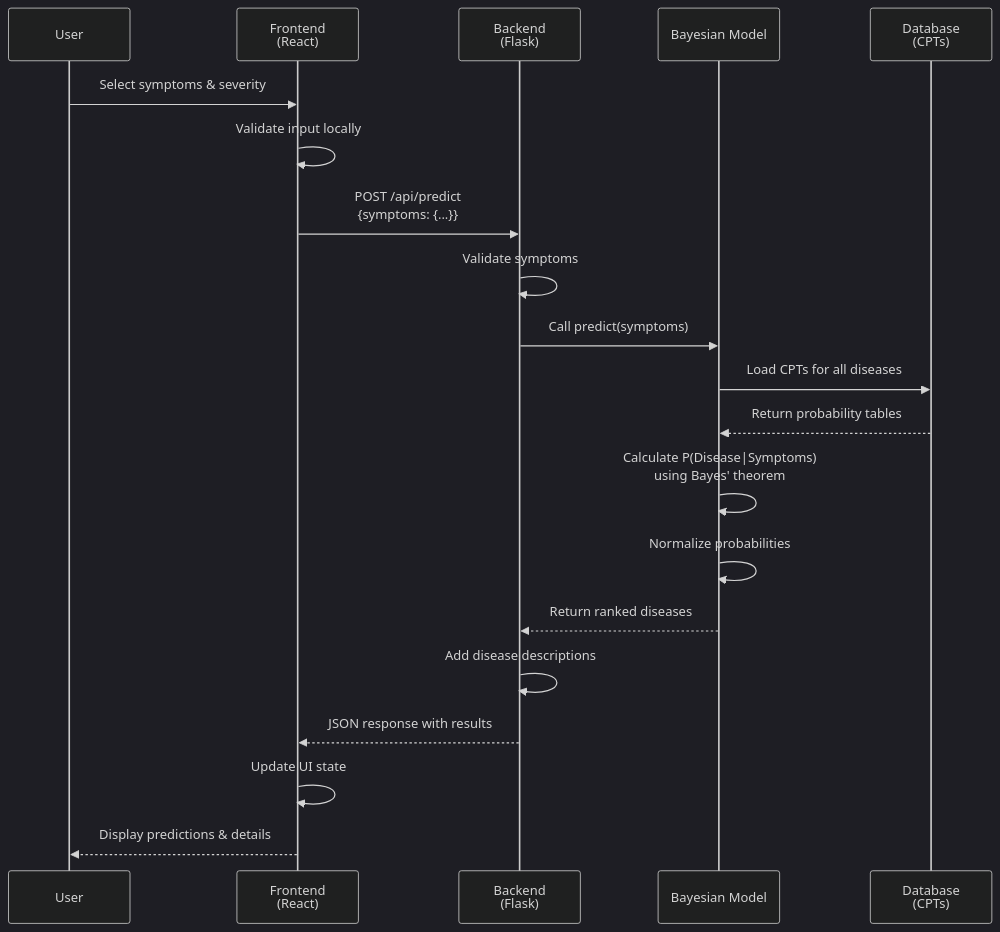
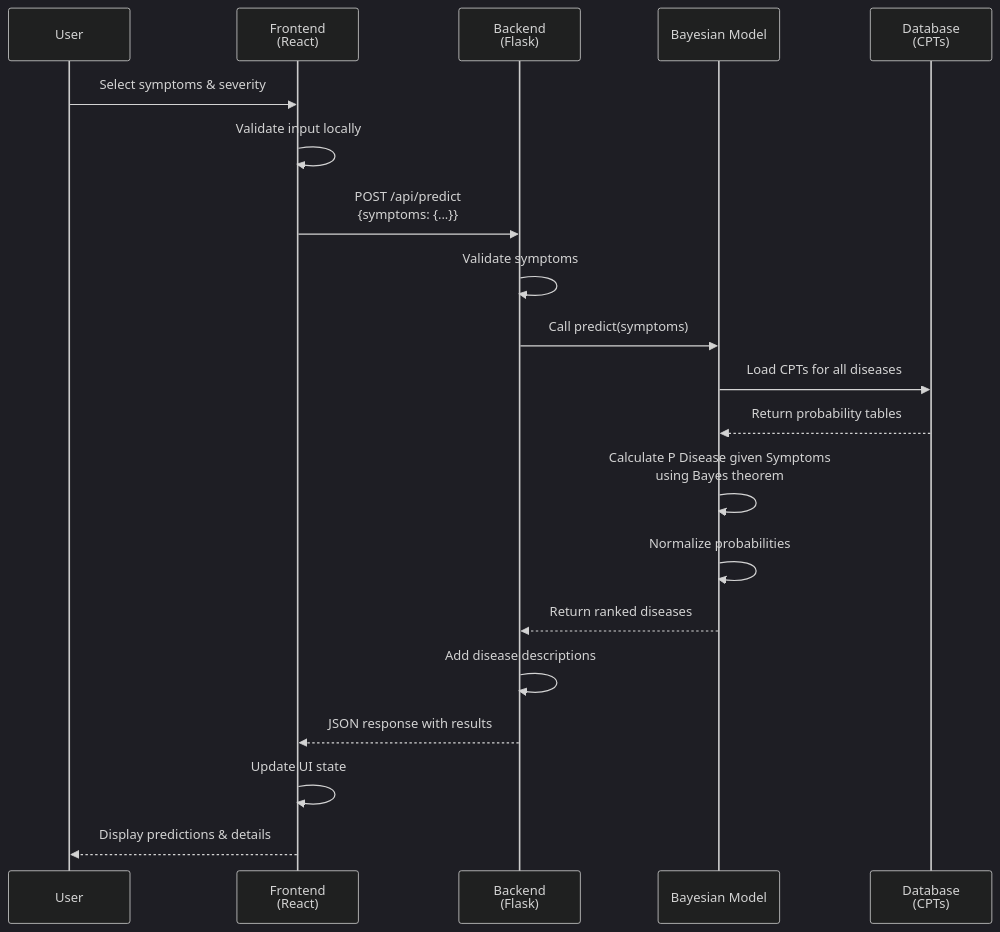
Before and after one commit to nikspatil0120/AI-based-Disease-Predcition-System: the second of 3 diagrams in README.md, drawn with Mermaid (dark theme). The commit also changed other lines of this file, not shown here.

Commit message:
Fix Mermaid diagram syntax errors in README

````diff
--- a/README.md
+++ b/README.md
@@ -137,23 +137,23 @@
 ```mermaid
 sequenceDiagram
     participant U as User
     participant F as Frontend<br/>(React)
     participant B as Backend<br/>(Flask)
     participant M as Bayesian Model
     participant D as Database<br/>(CPTs)
     
     U->>F: Select symptoms & severity
     F->>F: Validate input locally
     F->>B: POST /api/predict<br/>{symptoms: {...}}
     B->>B: Validate symptoms
     B->>M: Call predict(symptoms)
     M->>D: Load CPTs for all diseases
     D-->>M: Return probability tables
-    M->>M: Calculate P(Disease|Symptoms)<br/>using Bayes' theorem
+    M->>M: Calculate P Disease given Symptoms<br/>using Bayes theorem
     M->>M: Normalize probabilities
     M-->>B: Return ranked diseases
     B->>B: Add disease descriptions
     B-->>F: JSON response with results
     F->>F: Update UI state
     F-->>U: Display predictions & details
 ```
````
